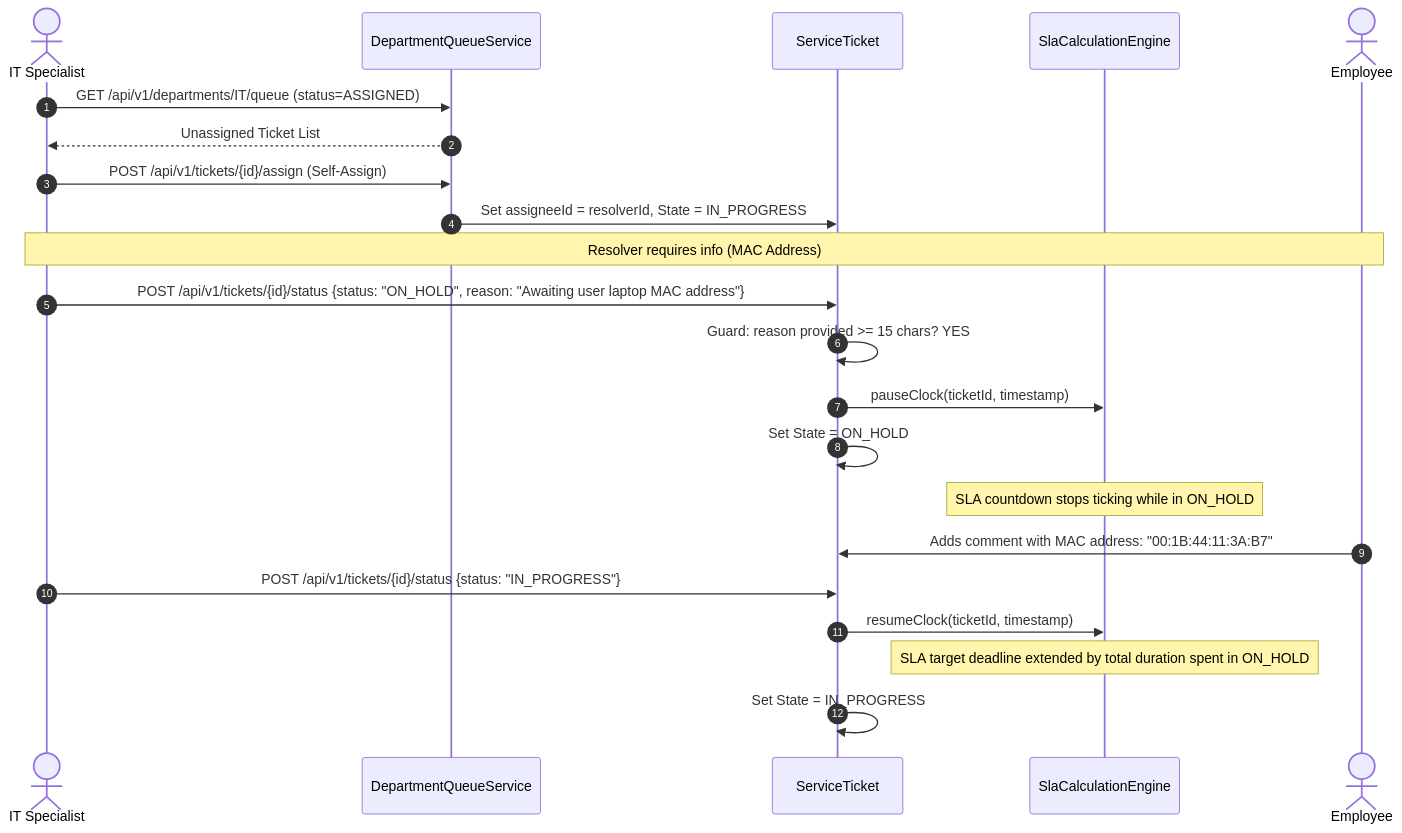
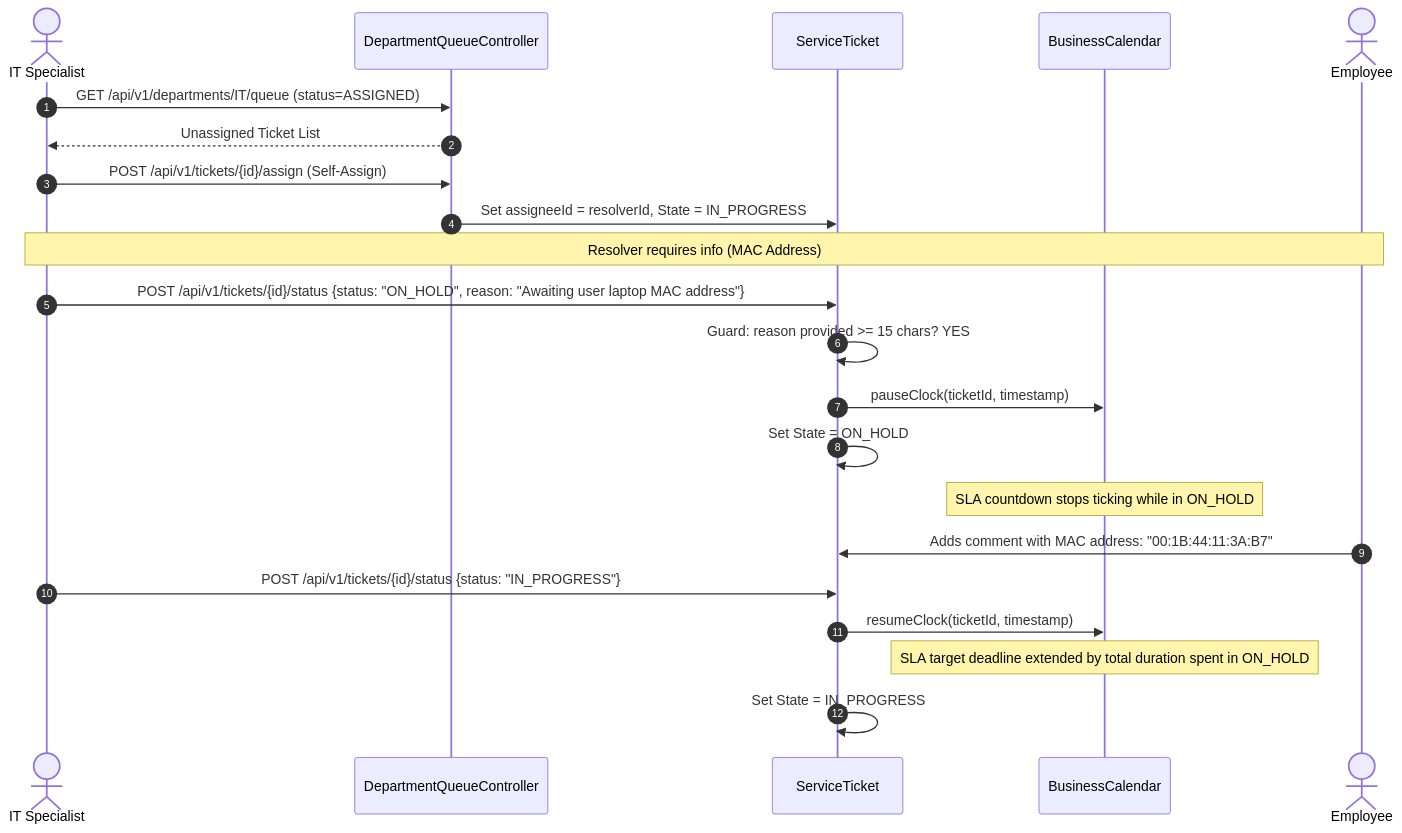
The sixth of 9 diagrams in docs/architecture/HLD.md (iyyappanecys033/EMPORA), drawn with Mermaid before and after one commit. The commit also changed other lines of this file and 20 other files, not shown here.

````diff
--- a/docs/architecture/HLD.md
+++ b/docs/architecture/HLD.md
@@ -289,27 +315,27 @@
 ```mermaid
 sequenceDiagram
     autonumber
     actor Resolver as IT Specialist
-    participant Queue as DepartmentQueueService
+    participant Queue as DepartmentQueueController
     participant Ticket as ServiceTicket
-    participant Sla as SlaCalculationEngine
+    participant Sla as BusinessCalendar
     actor Emp as Employee
 
     Resolver->>Queue: GET /api/v1/departments/IT/queue (status=ASSIGNED)
     Queue-->>Resolver: Unassigned Ticket List
     Resolver->>Queue: POST /api/v1/tickets/{id}/assign (Self-Assign)
     Queue->>Ticket: Set assigneeId = resolverId, State = IN_PROGRESS
     
     Note over Resolver, Emp: Resolver requires info (MAC Address)
     Resolver->>Ticket: POST /api/v1/tickets/{id}/status {status: "ON_HOLD", reason: "Awaiting user laptop MAC address"}
     Ticket->>Ticket: Guard: reason provided >= 15 chars? YES
     Ticket->>Sla: pauseClock(ticketId, timestamp)
     Ticket->>Ticket: Set State = ON_HOLD
     Note over Sla: SLA countdown stops ticking while in ON_HOLD
 
     Emp->>Ticket: Adds comment with MAC address: "00:1B:44:11:3A:B7"
     Resolver->>Ticket: POST /api/v1/tickets/{id}/status {status: "IN_PROGRESS"}
     Ticket->>Sla: resumeClock(ticketId, timestamp)
     Note over Sla: SLA target deadline extended by total duration spent in ON_HOLD
     Ticket->>Ticket: Set State = IN_PROGRESS
 ```
````
